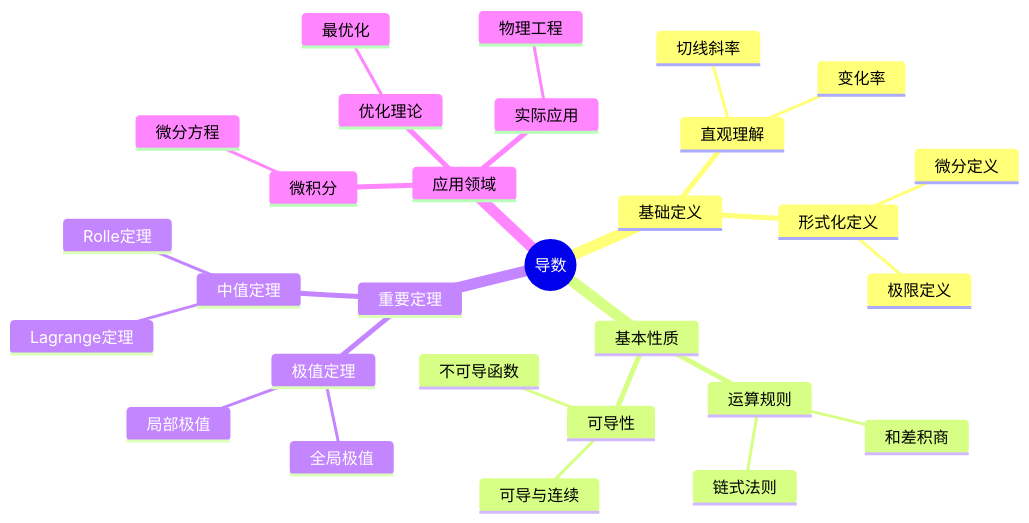
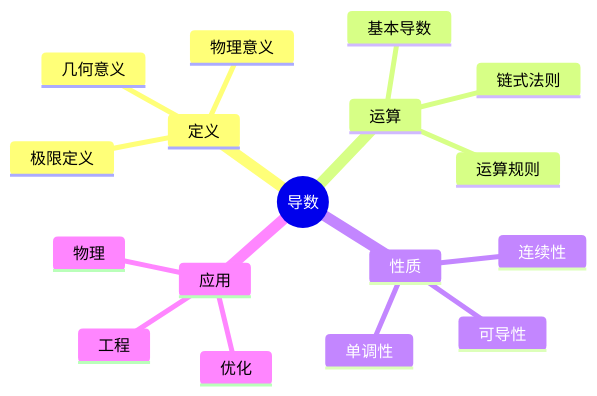
Before and after one commit to AdaMartin18010/FormalMath: the first of 10 diagrams in concept/核心概念/15-导数.md, drawn with Mermaid. The commit also changed other lines of this file and 4793 other files, not shown here.

````diff
--- a/concept/核心概念/15-导数.md
+++ b/concept/核心概念/15-导数.md
@@ -436,32 +1470,20 @@
 ```mermaid
 mindmap
   root((导数))
-    基础定义
-      直观理解
-        变化率
-        切线斜率
-      形式化定义
-        极限定义
-        微分定义
-    基本性质
+    定义
+      极限定义
+      几何意义
+      物理意义
+    运算
+      基本导数
       运算规则
-        和差积商
-        链式法则
+      链式法则
+    性质
       可导性
-        可导与连续
-        不可导函数
-    重要定理
-      中值定理
-        Rolle定理
-        Lagrange定理
-      极值定理
-        局部极值
-        全局极值
-    应用领域
-      微积分
-        微分方程
-      优化理论
-        最优化
-      实际应用
-        物理工程
+      连续性
+      单调性
+    应用
+      优化
+      物理
+      工程
 ```
````
